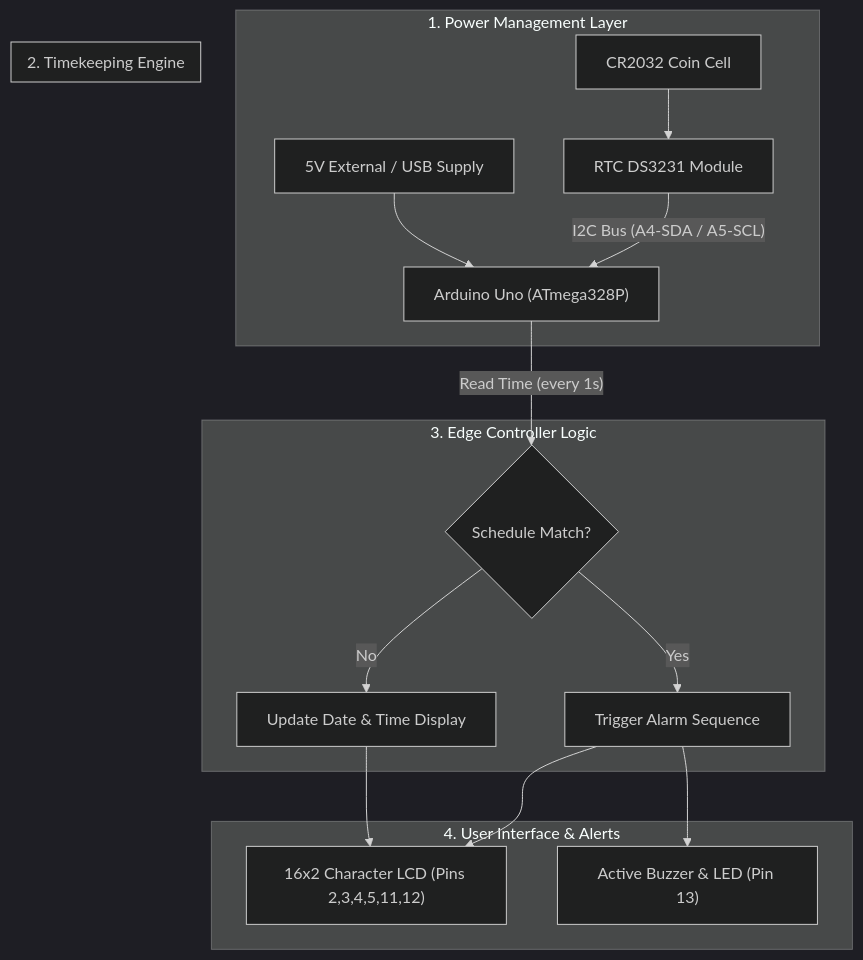
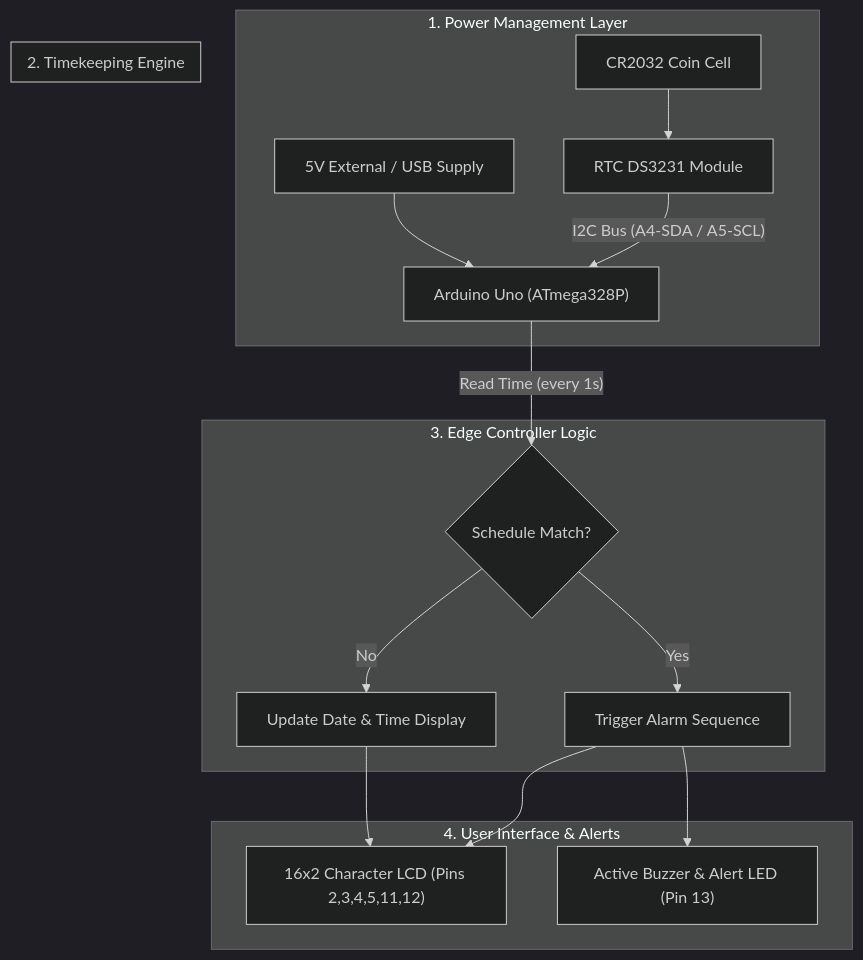
One commit to dippaul-dp/automatic-medicine-reminder-arduino changed the diagram in README.md. Above: the diagram before and after it, drawn with Mermaid (dark theme). The commit also changed other lines of this file, not shown here.

````diff
--- a/README.md
+++ b/README.md
@@ -21,23 +22,23 @@
 ```mermaid
 flowchart TD
     subgraph POWER ["1. Power Management Layer"]
         PS["5V External / USB Supply"] --> MCU["Arduino Uno (ATmega328P)"]
         BAT["CR2032 Coin Cell"] --> RTC["RTC DS3231 Module"]
     end
 
     subgraph TIME ["2. Timekeeping Engine"]
         RTC -->|"I2C Bus (A4-SDA / A5-SCL)"| MCU
     end
 
     subgraph PROCESSING ["3. Edge Controller Logic"]
         MCU -->|"Read Time (every 1s)"| CHK{"Schedule Match?"}
         CHK -- "No" --> DISP["Update Date & Time Display"]
         CHK -- "Yes" --> ALARM["Trigger Alarm Sequence"]
     end
 
     subgraph OUTPUT ["4. User Interface & Alerts"]
         DISP --> LCD["16x2 Character LCD (Pins 2,3,4,5,11,12)"]
-        ALARM --> BUZ["Active Buzzer & LED (Pin 13)"]
+        ALARM --> BUZ["Active Buzzer & Alert LED (Pin 13)"]
         ALARM --> LCD
     end
 ```
````
